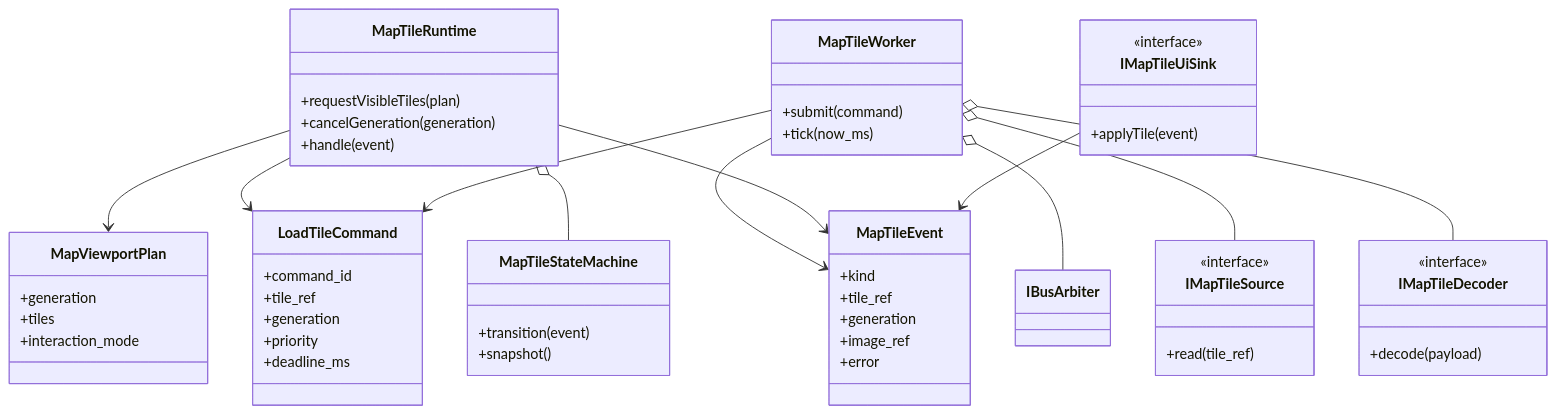
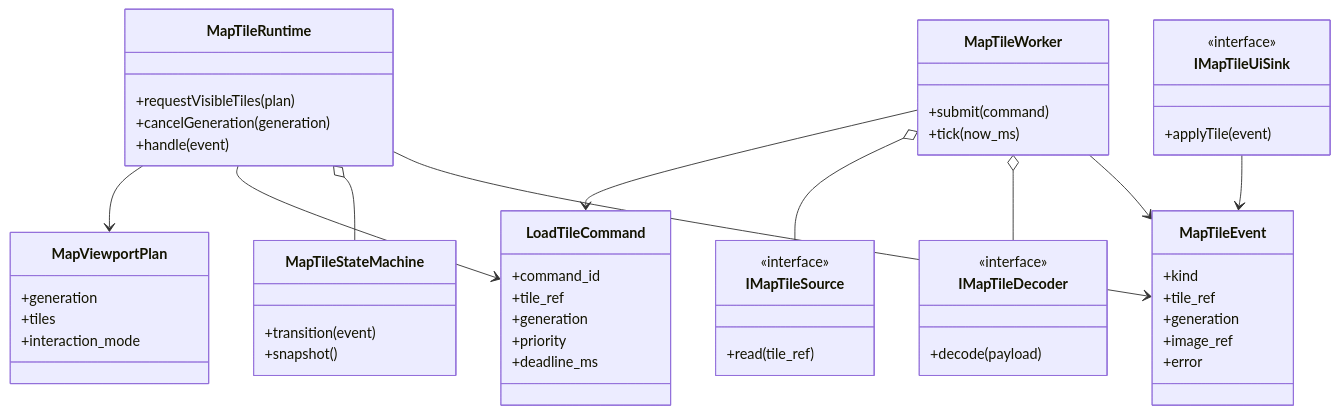
One commit to manmuqingshan/trail-mate changed the sixth of 23 diagrams in docs/specification/UI_STORAGE_EVENT_RUNTIME_DESIGN_SPEC.md. Above: the diagram before and after it, drawn with Mermaid. The commit also changed other lines of this file and 95 other files, not shown here.

````diff
--- a/docs/specification/UI_STORAGE_EVENT_RUNTIME_DESIGN_SPEC.md
+++ b/docs/specification/UI_STORAGE_EVENT_RUNTIME_DESIGN_SPEC.md
@@ -1167,66 +635,65 @@
 ```mermaid
 classDiagram
   class MapTileRuntime {
     +requestVisibleTiles(plan)
     +cancelGeneration(generation)
     +handle(event)
   }
 
   class MapViewportPlan {
     +generation
     +tiles
     +interaction_mode
   }
 
   class LoadTileCommand {
     +command_id
     +tile_ref
     +generation
     +priority
     +deadline_ms
   }
 
   class MapTileWorker {
     +submit(command)
     +tick(now_ms)
   }
 
   class IMapTileSource {
     <<interface>>
     +read(tile_ref)
   }
 
   class IMapTileDecoder {
     <<interface>>
     +decode(payload)
   }
 
   class MapTileEvent {
     +kind
     +tile_ref
     +generation
     +image_ref
     +error
   }
 
   class MapTileStateMachine {
     +transition(event)
     +snapshot()
   }
 
   class IMapTileUiSink {
     <<interface>>
     +applyTile(event)
   }
 
   MapTileRuntime --> MapViewportPlan
   MapTileRuntime --> LoadTileCommand
   MapTileRuntime o-- MapTileStateMachine
   MapTileWorker --> LoadTileCommand
-  MapTileWorker o-- IBusArbiter
   MapTileWorker o-- IMapTileSource
   MapTileWorker o-- IMapTileDecoder
   MapTileWorker --> MapTileEvent
   MapTileRuntime --> MapTileEvent
   IMapTileUiSink --> MapTileEvent
 ```
````
